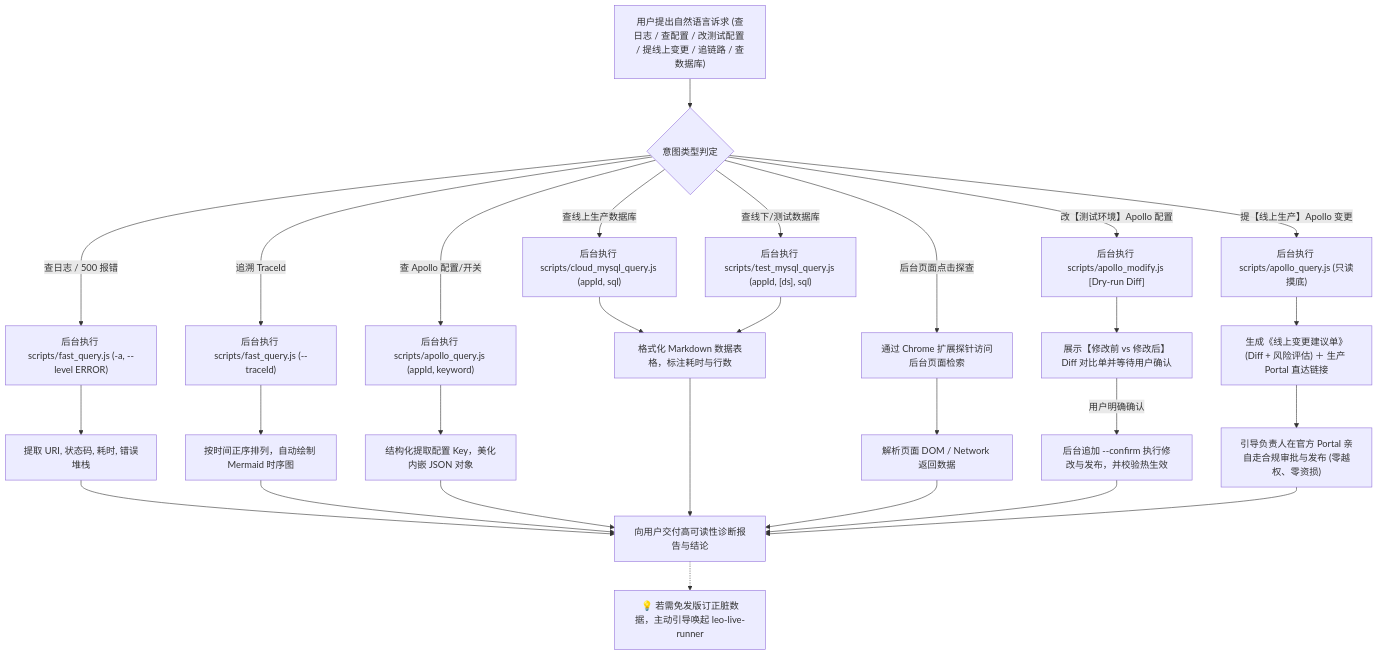
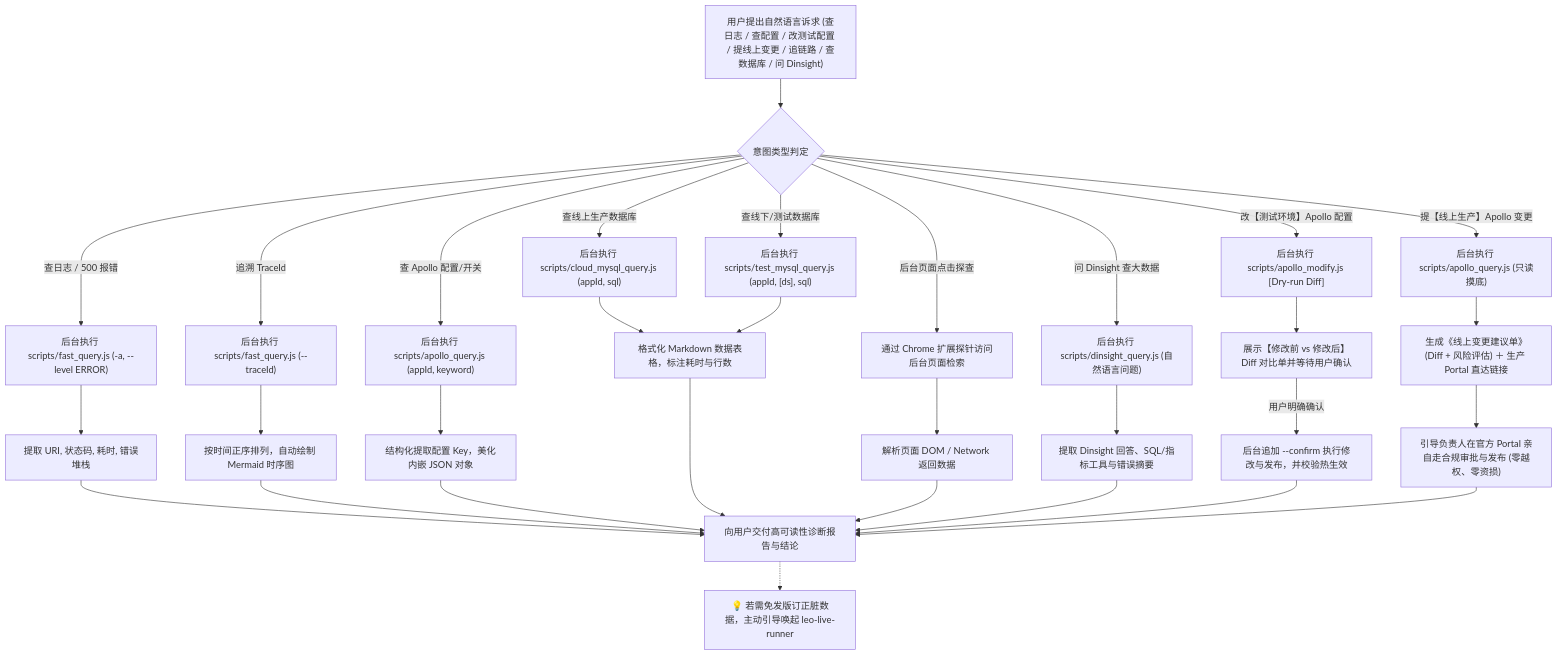
The diagram in skills/leo-live-inspector/SKILL.md (zlpawn/leo-live-runner), drawn with Mermaid before and after one commit. The commit also changed other lines of this file and 7 other files, not shown here.

First line of the commit message:
feat(skill): add Dinsight natural-language query to live inspector

````diff
--- a/skills/leo-live-inspector/SKILL.md
+++ b/skills/leo-live-inspector/SKILL.md
@@ -73,26 +77,28 @@
 ```mermaid
 flowchart TD
-    A["用户提出自然语言诉求 (查日志 / 查配置 / 改测试配置 / 提线上变更 / 追链路 / 查数据库)"] --> B{"意图类型判定"}
+    A["用户提出自然语言诉求 (查日志 / 查配置 / 改测试配置 / 提线上变更 / 追链路 / 查数据库 / 问 Dinsight)"] --> B{"意图类型判定"}
     
     B -->|"查日志 / 500 报错"| C1["后台执行 scripts/fast_query.js (-a, --level ERROR)"]
     B -->|"追溯 TraceId"| C2["后台执行 scripts/fast_query.js (--traceId)"]
     B -->|"查 Apollo 配置/开关"| C3["后台执行 scripts/apollo_query.js (appId, keyword)"]
     B -->|"改【测试环境】Apollo 配置"| C7["后台执行 scripts/apollo_modify.js [Dry-run Diff]"]
     B -->|"提【线上生产】Apollo 变更"| C8["后台执行 scripts/apollo_query.js (只读摸底)"]
     B -->|"查线上生产数据库"| C4["后台执行 scripts/cloud_mysql_query.js (appId, sql)"]
     B -->|"查线下/测试数据库"| C5["后台执行 scripts/test_mysql_query.js (appId, [ds], sql)"]
+    B -->|"问 Dinsight 查大数据"| C9["后台执行 scripts/dinsight_query.js (自然语言问题)"]
     B -->|"后台页面点击探查"| C6["通过 Chrome 扩展探针访问后台页面检索"]
 
     C1 --> D1["提取 URI, 状态码, 耗时, 错误堆栈"]
     C2 --> D2["按时间正序排列，自动绘制 Mermaid 时序图"]
     C3 --> D3["结构化提取配置 Key，美化内嵌 JSON 对象"]
     C7 --> D7["展示【修改前 vs 修改后】Diff 对比单并等待用户确认"]
     D7 -->|用户明确确认| E7["后台追加 --confirm 执行修改与发布，并校验热生效"]
     C8 --> D8["生成《线上变更建议单》(Diff + 风险评估) ＋ 生产 Portal 直达链接"]
     D8 --> E8["引导负责人在官方 Portal 亲自走合规审批与发布 (零越权、零资损)"]
     C4 & C5 --> D4["格式化 Markdown 数据表格，标注耗时与行数"]
+    C9 --> D9["提取 Dinsight 回答、SQL/指标工具与错误摘要"]
     C6 --> D5["解析页面 DOM / Network 返回数据"]
 
-    D1 & D2 & D3 & D4 & D5 & E7 & E8 --> E["向用户交付高可读性诊断报告与结论"]
+    D1 & D2 & D3 & D4 & D5 & D9 & E7 & E8 --> E["向用户交付高可读性诊断报告与结论"]
     E -.-> F["💡 若需免发版订正脏数据，主动引导唤起 leo-live-runner"]
 ```
````
